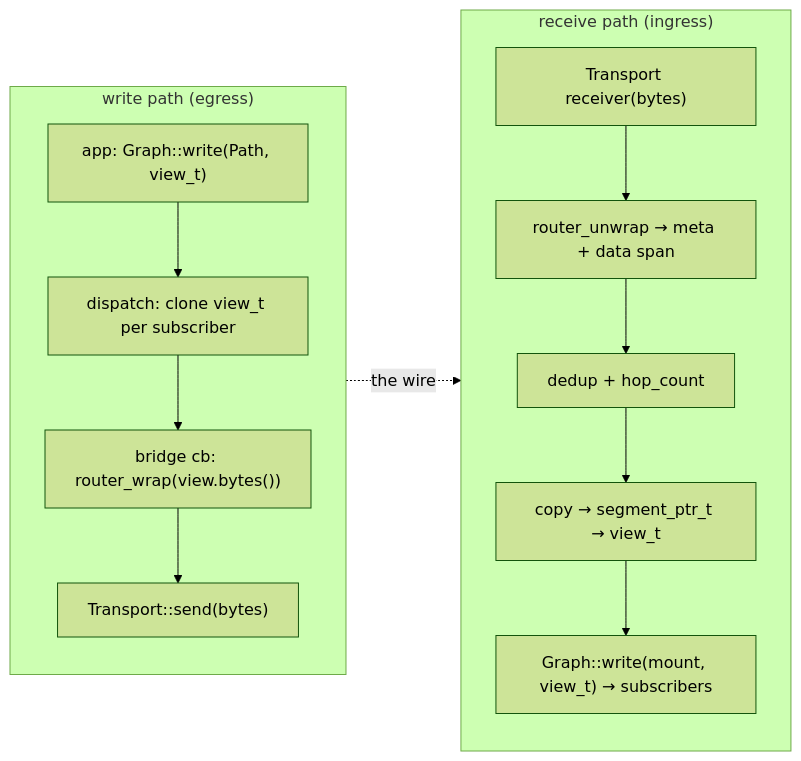
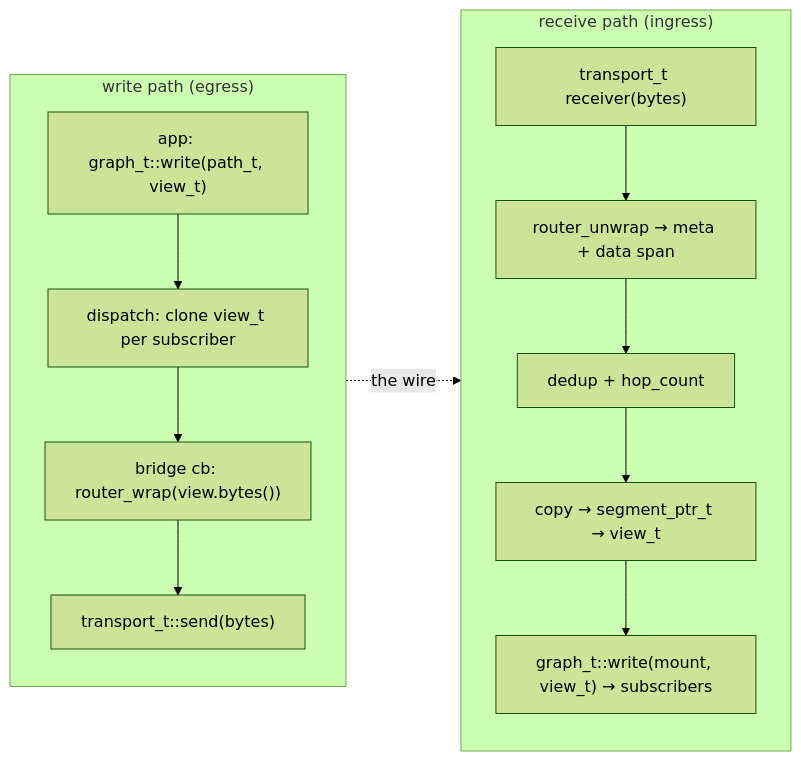
Before and after one commit to avatarsd-llc/libtracer: the second of 2 diagrams in docs/modules/interface-map.md, drawn with Mermaid (forest theme). The commit also changed other lines of this file and 7 other files, not shown here.

````diff
--- a/docs/modules/interface-map.md
+++ b/docs/modules/interface-map.md
@@ -50,17 +50,17 @@
 ```{mermaid}
 flowchart LR
     subgraph egress["write path (egress)"]
         direction TB
-        W1["app: Graph::write(Path, view_t)"] --> W2["dispatch: clone view_t per subscriber"]
+        W1["app: graph_t::write(path_t, view_t)"] --> W2["dispatch: clone view_t per subscriber"]
         W2 --> W3["bridge cb: router_wrap(view.bytes())"]
-        W3 --> W4["Transport::send(bytes)"]
+        W3 --> W4["transport_t::send(bytes)"]
     end
     subgraph ingress["receive path (ingress)"]
         direction TB
-        R1["Transport receiver(bytes)"] --> R2["router_unwrap → meta + data span"]
+        R1["transport_t receiver(bytes)"] --> R2["router_unwrap → meta + data span"]
         R2 --> R3["dedup + hop_count"]
         R3 --> R4["copy → segment_ptr_t → view_t"]
-        R4 --> R5["Graph::write(mount, view_t) → subscribers"]
+        R4 --> R5["graph_t::write(mount, view_t) → subscribers"]
     end
     egress -. "the wire" .-> ingress
 ```
````
